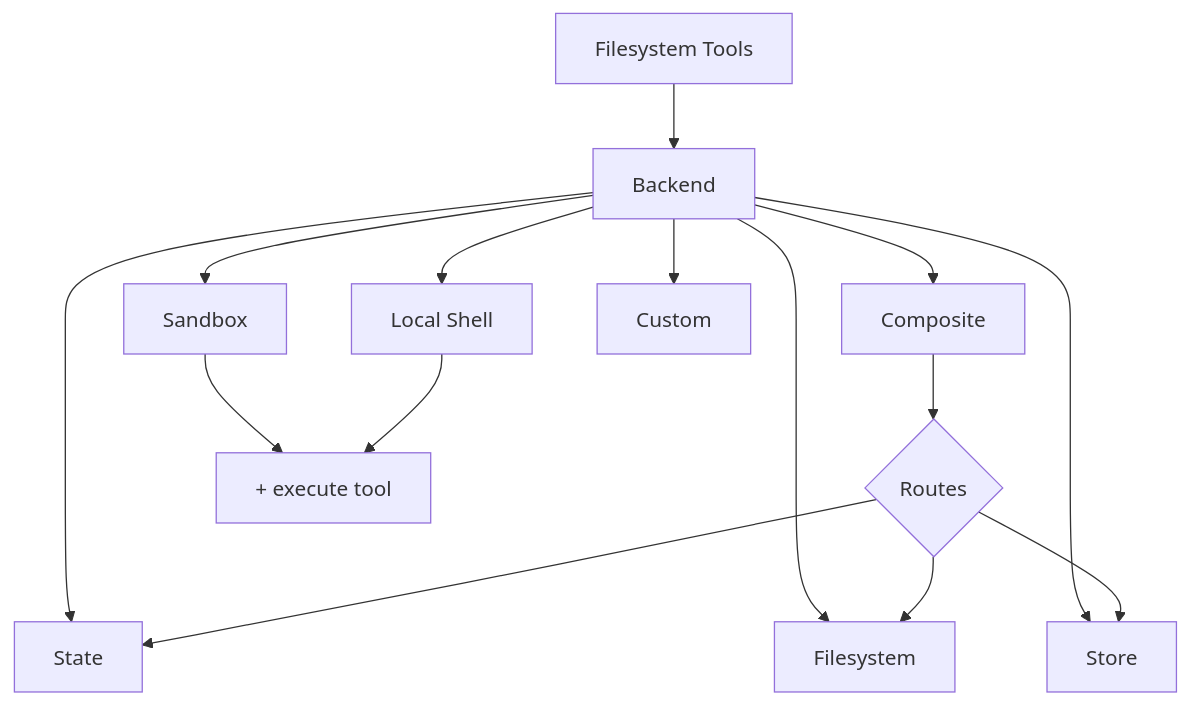
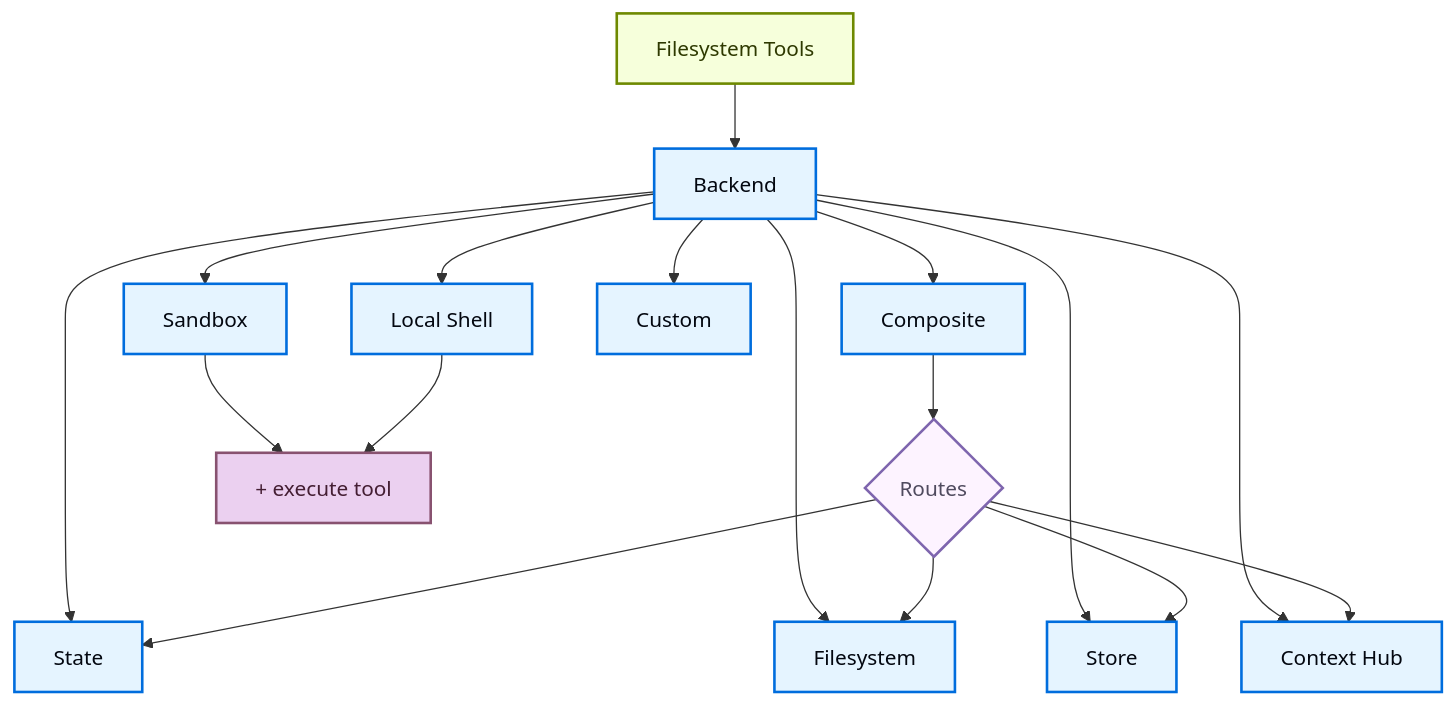
One commit to fede-kamel/docs-1 changed the diagram in build/oss/javascript/deepagents/backends.mdx. Above: the diagram before and after it, drawn with Mermaid. The commit also changed other lines of this file and 3929 other files, not shown here.

````diff
--- a/build/oss/javascript/deepagents/backends.mdx
+++ b/build/oss/javascript/deepagents/backends.mdx
@@ -16,20 +57,32 @@
 ```mermaid
 graph TB
     Tools[Filesystem Tools] --> Backend[Backend]
 
     Backend --> State[State]
     Backend --> Disk[Filesystem]
     Backend --> Store[Store]
+    Backend --> ContextHub[Context Hub]
     Backend --> Sandbox[Sandbox]
     Backend --> LocalShell[Local Shell]
     Backend --> Composite[Composite]
     Backend --> Custom[Custom]
 
     Composite --> Router{Routes}
     Router --> State
     Router --> Disk
     Router --> Store
+    Router --> ContextHub
 
     Sandbox --> Execute["#43; execute tool"]
     LocalShell --> Execute["#43; execute tool"]
+
+    classDef trigger fill:#F6FFDB,stroke:#6E8900,stroke-width:2px,color:#2E3900
+    classDef process fill:#E5F4FF,stroke:#006DDD,stroke-width:2px,color:#030710
+    classDef decision fill:#FDF3FF,stroke:#7E65AE,stroke-width:2px,color:#504B5F
+    classDef output fill:#EBD0F0,stroke:#885270,stroke-width:2px,color:#441E33
+
+    class Tools trigger
+    class Backend,State,Disk,Store,ContextHub,Sandbox,LocalShell,Composite,Custom process
+    class Router decision
+    class Execute output
 ```
````
